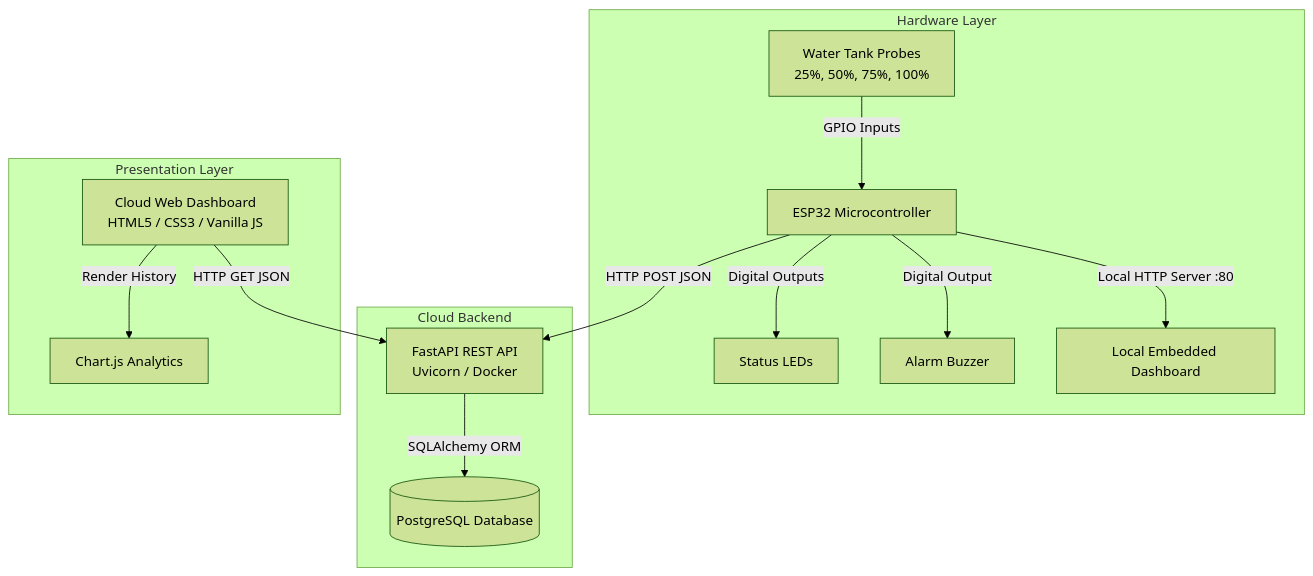
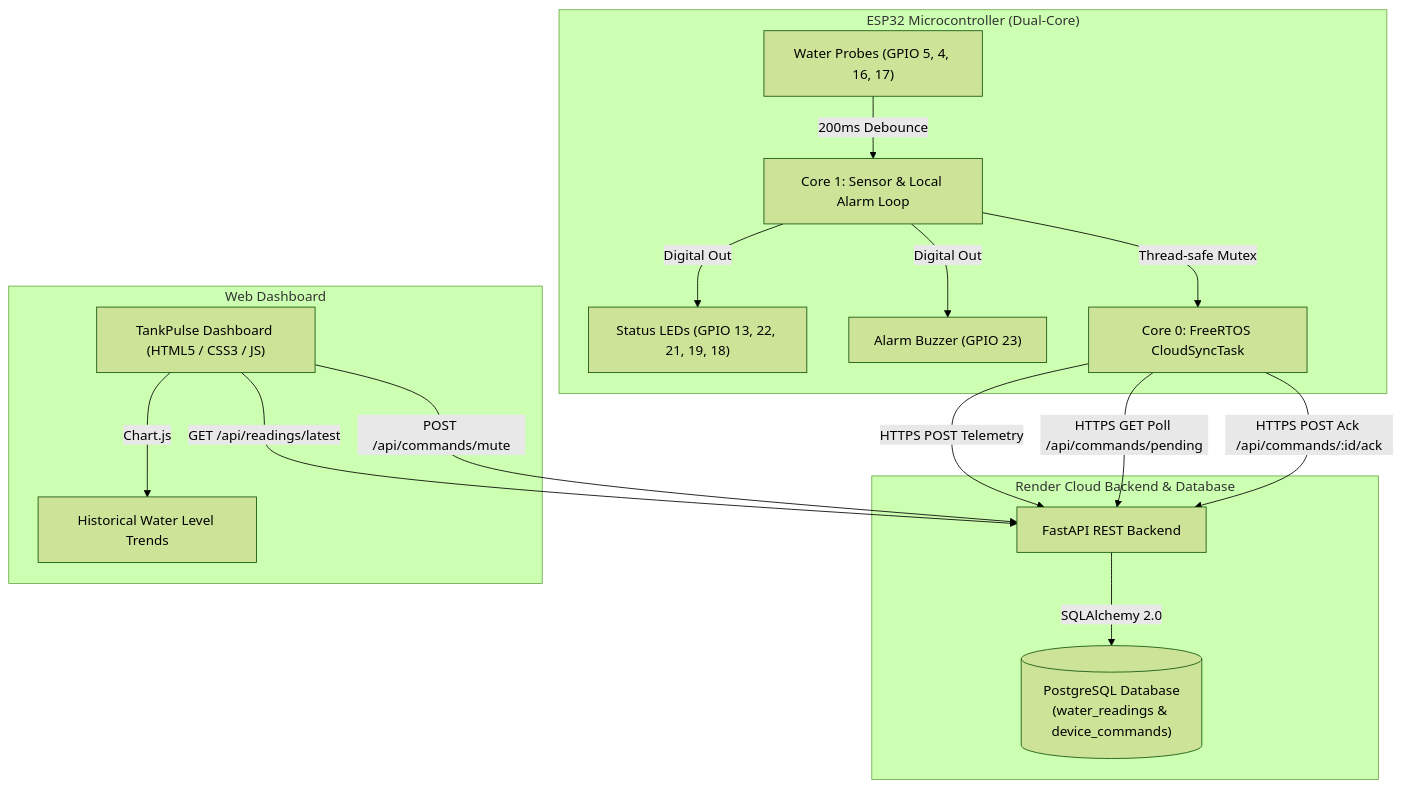
The diagram in README.md (arun-biju-8/water-tank-monitoring-system), drawn with Mermaid (forest theme) before and after one commit. The commit also changed other lines of this file and 9 other files, not shown here.

````diff
--- a/README.md
+++ b/README.md
@@ -9,19 +11,22 @@
 ```mermaid
 graph TD
-    subgraph Hardware Layer
-        P[Water Tank Probes\n25%, 50%, 75%, 100%] -->|GPIO Inputs| ESP[ESP32 Microcontroller]
-        ESP -->|Digital Outputs| LED[Status LEDs]
-        ESP -->|Digital Output| BUZ[Alarm Buzzer]
-        ESP -->|Local HTTP Server :80| L_UI[Local Embedded Dashboard]
+    subgraph Hardware Layer ["ESP32 Microcontroller (Dual-Core)"]
+        P["Water Probes (GPIO 5, 4, 16, 17)"] -->|200ms Debounce| C1["Core 1: Sensor & Local Alarm Loop"]
+        C1 -->|Digital Out| LED["Status LEDs (GPIO 13, 22, 21, 19, 18)"]
+        C1 -->|Digital Out| BUZ["Alarm Buzzer (GPIO 23)"]
+        C1 -->|Thread-safe Mutex| SYNC["Core 0: FreeRTOS CloudSyncTask"]
     end
 
-    subgraph Cloud Backend
-        ESP -->|HTTP POST JSON| API[FastAPI REST API\nUvicorn / Docker]
-        API -->|SQLAlchemy ORM| DB[(PostgreSQL Database)]
+    subgraph Cloud Layer ["Render Cloud Backend & Database"]
+        SYNC -->|HTTPS POST Telemetry| API["FastAPI REST Backend"]
+        SYNC -->|HTTPS GET Poll /api/commands/pending| API
+        SYNC -->|HTTPS POST Ack /api/commands/:id/ack| API
+        API -->|SQLAlchemy 2.0| DB[("PostgreSQL Database\n(water_readings & device_commands)")]
     end
 
-    subgraph Presentation Layer
-        C_UI[Cloud Web Dashboard\nHTML5 / CSS3 / Vanilla JS] -->|HTTP GET JSON| API
-        C_UI -->|Render History| CHART[Chart.js Analytics]
+    subgraph Presentation Layer ["Web Dashboard"]
+        DASH["TankPulse Dashboard (HTML5 / CSS3 / JS)"] -->|GET /api/readings/latest| API
+        DASH -->|POST /api/commands/mute| API
+        DASH -->|Chart.js| TRENDS["Historical Water Level Trends"]
     end
 ```
````
